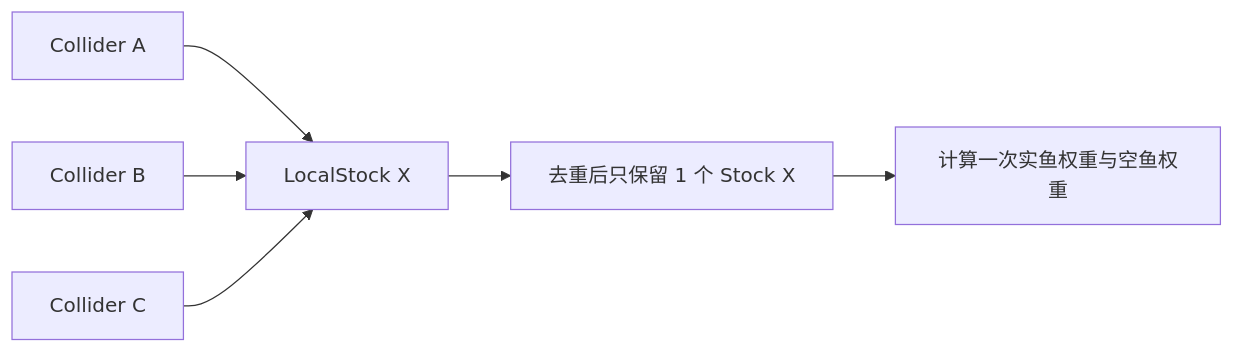
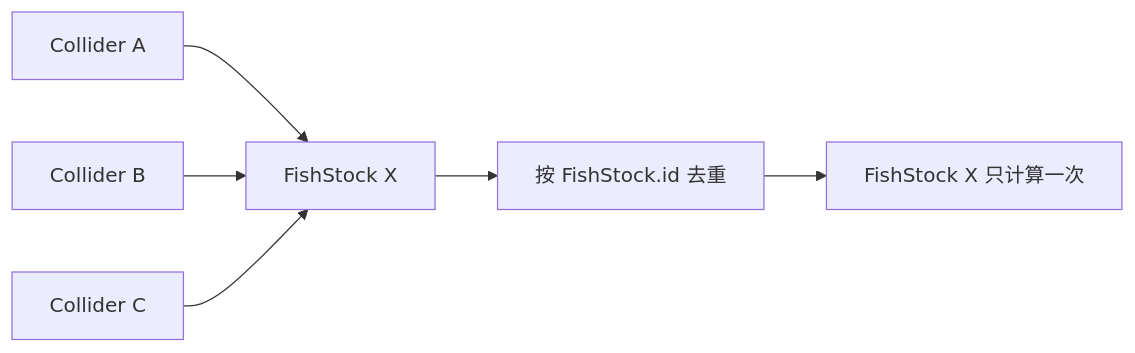
Before and after one commit to futouyiba/HitFish-Up: the second of 2 diagrams in docs/real-fish-weight-anchor-no-fish-expansion-dev-spec.md, drawn with Mermaid. The commit also changed other lines of this file, not shown here.

````diff
--- a/docs/real-fish-weight-anchor-no-fish-expansion-dev-spec.md
+++ b/docs/real-fish-weight-anchor-no-fish-expansion-dev-spec.md
@@ -478,8 +250,8 @@
 ```mermaid
 flowchart LR
-    A[Collider A] --> S[LocalStock X]
+    A[Collider A] --> S[FishStock X]
     B[Collider B] --> S
     C[Collider C] --> S
-    S --> D[去重后只保留 1 个 Stock X]
-    D --> E[计算一次实鱼权重与空鱼权重]
+    S --> D[按 FishStock.id 去重]
+    D --> E[FishStock X 只计算一次]
 ```
````
